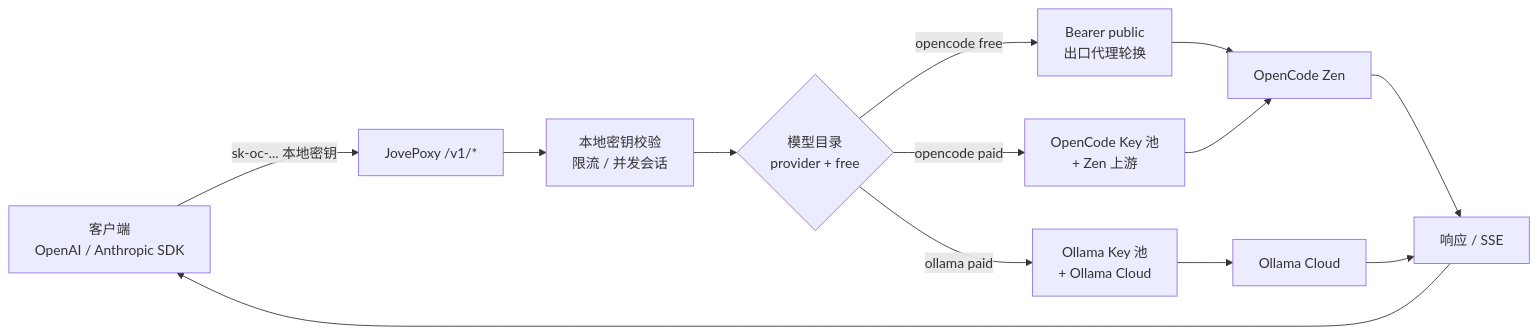
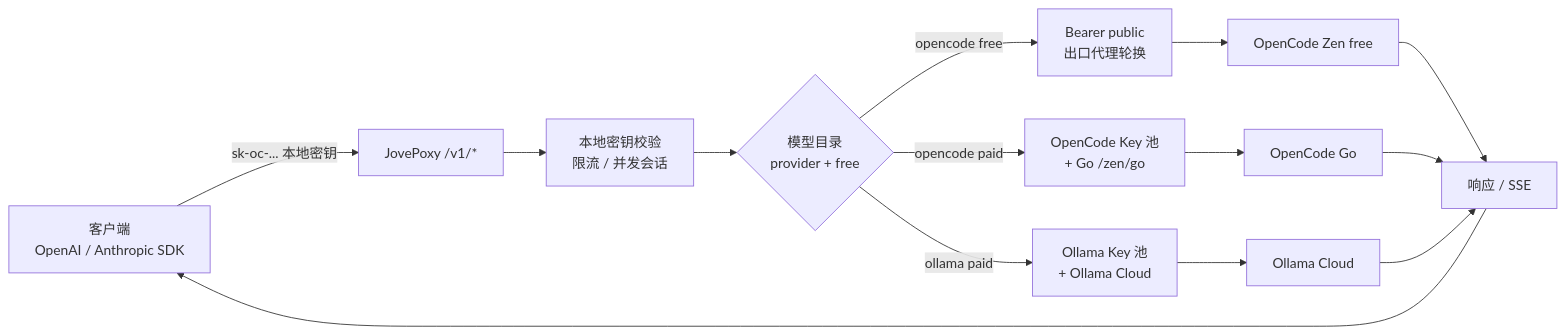
The first of 2 diagrams in README.md (jiujiu532/JovePoxy), drawn with Mermaid before and after one commit. The commit also changed other lines of this file and 12 other files, not shown here.

First line of the commit message:
fix: 模型目录对齐 OpenCode Go 与 Ollama Pro 套餐

````diff
--- a/README.md
+++ b/README.md
@@ -60,15 +60,16 @@
 ```mermaid
 flowchart LR
     CLIENT["客户端<br/>OpenAI / Anthropic SDK"] -->|"sk-oc-... 本地密钥"| GW["JovePoxy /v1/*"]
     GW --> AUTH["本地密钥校验<br/>限流 / 并发会话"]
     AUTH --> CATALOG{"模型目录<br/>provider + free"}
     CATALOG -->|opencode free| FREE["Bearer public<br/>出口代理轮换"]
-    CATALOG -->|opencode paid| PAID_OC["OpenCode Key 池<br/>+ Zen 上游"]
+    CATALOG -->|opencode paid| PAID_OC["OpenCode Key 池<br/>+ Go /zen/go"]
     CATALOG -->|ollama paid| PAID_OL["Ollama Key 池<br/>+ Ollama Cloud"]
-    FREE --> ZEN["OpenCode Zen"]
-    PAID_OC --> ZEN
+    FREE --> ZEN["OpenCode Zen free"]
+    PAID_OC --> GO["OpenCode Go"]
     PAID_OL --> OLLAMA["Ollama Cloud"]
     ZEN --> RESP["响应 / SSE"]
+    GO --> RESP
     OLLAMA --> RESP
     RESP --> CLIENT
 ```
````
